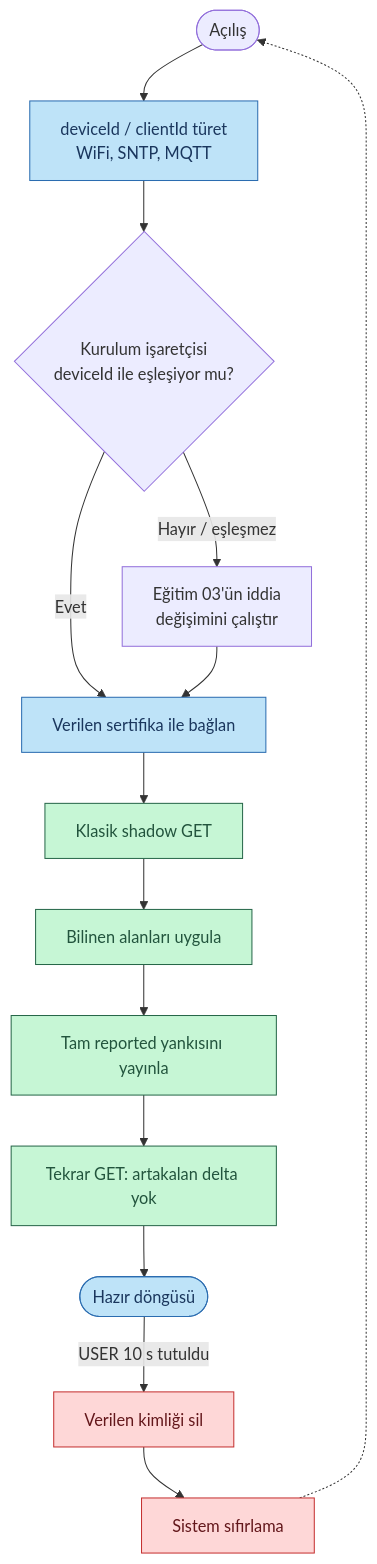
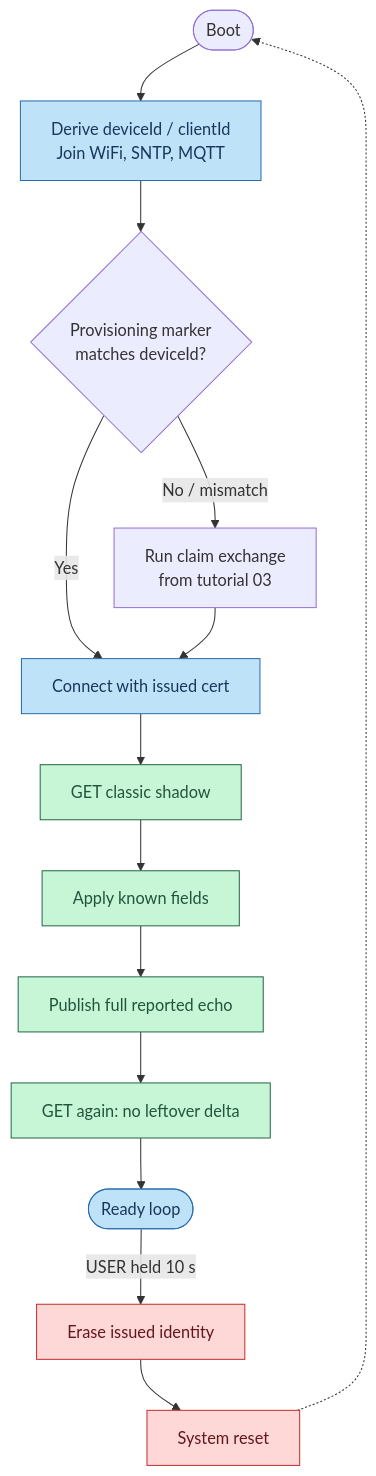
One commit to Empa-Electronics/Tiremo-Cortex-Tutorials changed the second of 2 diagrams in docs-tr/Tiremo_Cloud/Feature_Tutorials/04-Shadow_Get_Apply_Report/README.md. Above: the diagram before and after it, drawn with Mermaid. The commit also changed other lines of this file and 50 other files, not shown here.

````diff
--- a/docs-tr/Tiremo_Cloud/Feature_Tutorials/04-Shadow_Get_Apply_Report/README.md
+++ b/docs-tr/Tiremo_Cloud/Feature_Tutorials/04-Shadow_Get_Apply_Report/README.md
@@ -68,23 +69,23 @@
 ```mermaid
 flowchart TD
-    A([Açılış]) --> B[deviceId / clientId türet<br/>WiFi, SNTP, MQTT]
-    B --> C{Kurulum işaretçisi<br/>deviceId ile eşleşiyor mu?}
-    C -->|Hayır / eşleşmez| D[Eğitim 03'ün iddia<br/>değişimini çalıştır]
-    C -->|Evet| E[Verilen sertifika ile bağlan]
+    A([Boot]) --> B[Derive deviceId / clientId<br/>Join WiFi, SNTP, MQTT]
+    B --> C{Provisioning marker<br/>matches deviceId?}
+    C -->|No / mismatch| D[Run claim exchange<br/>from tutorial 03]
+    C -->|Yes| E[Connect with issued cert]
     D --> E
-    E --> F[Klasik shadow GET]
-    F --> G[Bilinen alanları uygula]
-    G --> H[Tam reported yankısını yayınla]
-    H --> I[Tekrar GET: artakalan delta yok]
-    I --> J([Hazır döngüsü])
-    J -->|USER 10 s tutuldu| K[Verilen kimliği sil]
-    K --> L[Sistem sıfırlama]
+    E --> F[GET classic shadow]
+    F --> G[Apply known fields]
+    G --> H[Publish full reported echo]
+    H --> I[GET again: no leftover delta]
+    I --> J([Ready loop])
+    J -->|USER held 10 s| K[Erase issued identity]
+    K --> L[System reset]
     L -.-> A
 
     classDef normal fill:#bee3f8,stroke:#2b6cb0,color:#1a365d,stroke-width:1px
     classDef lesson fill:#c6f6d5,stroke:#276749,color:#22543d,stroke-width:1px
     classDef reset fill:#fed7d7,stroke:#c53030,color:#63171b,stroke-width:1px
     class B,E,J normal
     class F,G,H,I lesson
     class K,L reset
 ```
````
